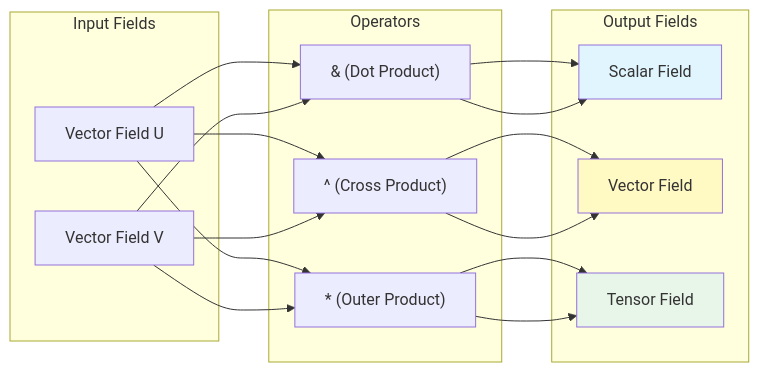
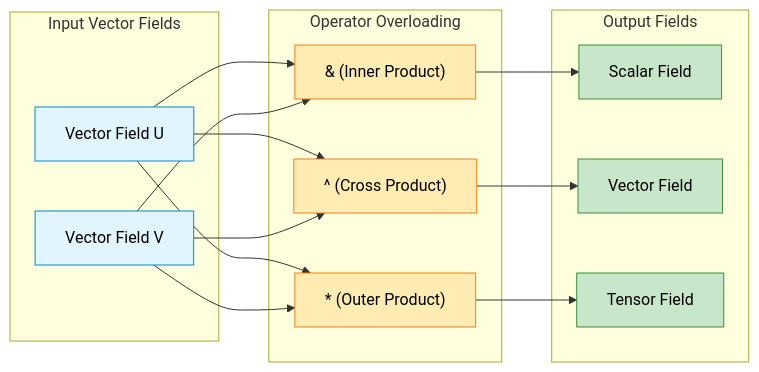
The diagram in MODULE_05_OPENFOAM_PROGRAMMING/CONTENT/09_FIELD_ALGEBRA/03_Operator_Overloading.md (wramet/build-my-cfd), drawn with Mermaid before and after one commit. The commit also changed 313 other files, not shown here.

Commit message:
Revise all diagram

````diff
--- a/MODULE_05_OPENFOAM_PROGRAMMING/CONTENT/09_FIELD_ALGEBRA/03_Operator_Overloading.md
+++ b/MODULE_05_OPENFOAM_PROGRAMMING/CONTENT/09_FIELD_ALGEBRA/03_Operator_Overloading.md
@@ -18,32 +18,26 @@
 ```mermaid
 flowchart LR
-    subgraph Input["Input Fields"]
-        V1[Vector Field U]
-        V2[Vector Field V]
-    end
-
-    subgraph Operators["Operators"]
-        Amp["& (Dot Product)"]
-        Caret["^ (Cross Product)"]
-        Star["* (Outer Product)"]
-    end
-
-    subgraph Output["Output Fields"]
-        S[Scalar Field]
-        V_Res[Vector Field]
-        T[Tensor Field]
-    end
-
-    V1 --> Amp --> S
-    V2 --> Amp --> S
-
-    V1 --> Caret --> V_Res
-    V2 --> Caret --> V_Res
-
-    V1 --> Star --> T
-    V2 --> Star --> T
-
-    style S fill:#e1f5fe
-    style V_Res fill:#fff9c4
-    style T fill:#e8f5e9
+classDef input fill:#e1f5fe,stroke:#0288d1,color:#000
+classDef op fill:#ffecb3,stroke:#f57f17,color:#000
+classDef output fill:#c8e6c9,stroke:#388e3c,color:#000
+subgraph Data ["Input Vector Fields"]
+    U["Vector Field U"]:::input
+    V["Vector Field V"]:::input
+end
+subgraph Operations ["Operator Overloading"]
+    Dot["& (Inner Product)"]:::op
+    Cross["^ (Cross Product)"]:::op
+    Outer["* (Outer Product)"]:::op
+end
+subgraph Results ["Output Fields"]
+    S["Scalar Field"]:::output
+    Vec["Vector Field"]:::output
+    Ten["Tensor Field"]:::output
+end
+U & V --> Dot
+Dot --> S
+U & V --> Cross
+Cross --> Vec
+U & V --> Outer
+Outer --> Ten
 ```
````
